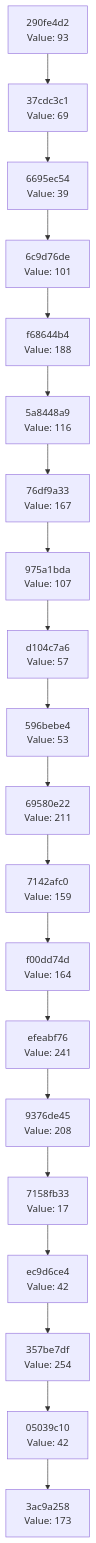
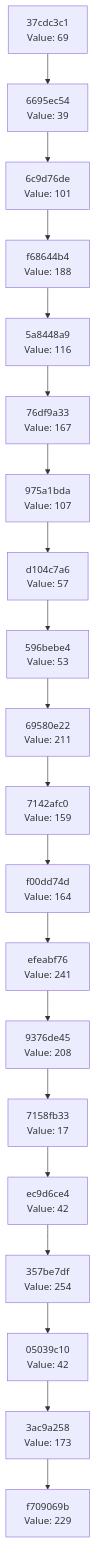
Before and after one commit to Abhisheksinha1506/hash-chain-evolver: the diagram in docs/CHAIN_VISUALIZATION.md, drawn with Mermaid. The commit also changed 1 other file, not shown here.

Commit message:
Evolution step: hash 0xE5 → action executed

````diff
--- a/docs/CHAIN_VISUALIZATION.md
+++ b/docs/CHAIN_VISUALIZATION.md
@@ -3,42 +3,42 @@
 ```mermaid
 graph TD
-    C0["3ac9a258<br/>Value: 173"]
-    C1["05039c10<br/>Value: 42"]
+    C0["f709069b<br/>Value: 229"]
+    C1["3ac9a258<br/>Value: 173"]
     C1 --> C0
-    C2["357be7df<br/>Value: 254"]
+    C2["05039c10<br/>Value: 42"]
     C2 --> C1
-    C3["ec9d6ce4<br/>Value: 42"]
+    C3["357be7df<br/>Value: 254"]
     C3 --> C2
-    C4["7158fb33<br/>Value: 17"]
+    C4["ec9d6ce4<br/>Value: 42"]
     C4 --> C3
-    C5["9376de45<br/>Value: 208"]
+    C5["7158fb33<br/>Value: 17"]
     C5 --> C4
-    C6["efeabf76<br/>Value: 241"]
+    C6["9376de45<br/>Value: 208"]
     C6 --> C5
-    C7["f00dd74d<br/>Value: 164"]
+    C7["efeabf76<br/>Value: 241"]
     C7 --> C6
-    C8["7142afc0<br/>Value: 159"]
+    C8["f00dd74d<br/>Value: 164"]
     C8 --> C7
-    C9["69580e22<br/>Value: 211"]
+    C9["7142afc0<br/>Value: 159"]
     C9 --> C8
-    C10["596bebe4<br/>Value: 53"]
+    C10["69580e22<br/>Value: 211"]
     C10 --> C9
-    C11["d104c7a6<br/>Value: 57"]
+    C11["596bebe4<br/>Value: 53"]
     C11 --> C10
-    C12["975a1bda<br/>Value: 107"]
+    C12["d104c7a6<br/>Value: 57"]
     C12 --> C11
-    C13["76df9a33<br/>Value: 167"]
+    C13["975a1bda<br/>Value: 107"]
     C13 --> C12
-    C14["5a8448a9<br/>Value: 116"]
+    C14["76df9a33<br/>Value: 167"]
     C14 --> C13
-    C15["f68644b4<br/>Value: 188"]
+    C15["5a8448a9<br/>Value: 116"]
     C15 --> C14
-    C16["6c9d76de<br/>Value: 101"]
+    C16["f68644b4<br/>Value: 188"]
     C16 --> C15
-    C17["6695ec54<br/>Value: 39"]
+    C17["6c9d76de<br/>Value: 101"]
     C17 --> C16
-    C18["37cdc3c1<br/>Value: 69"]
+    C18["6695ec54<br/>Value: 39"]
     C18 --> C17
-    C19["290fe4d2<br/>Value: 93"]
+    C19["37cdc3c1<br/>Value: 69"]
     C19 --> C18
 ```
````
